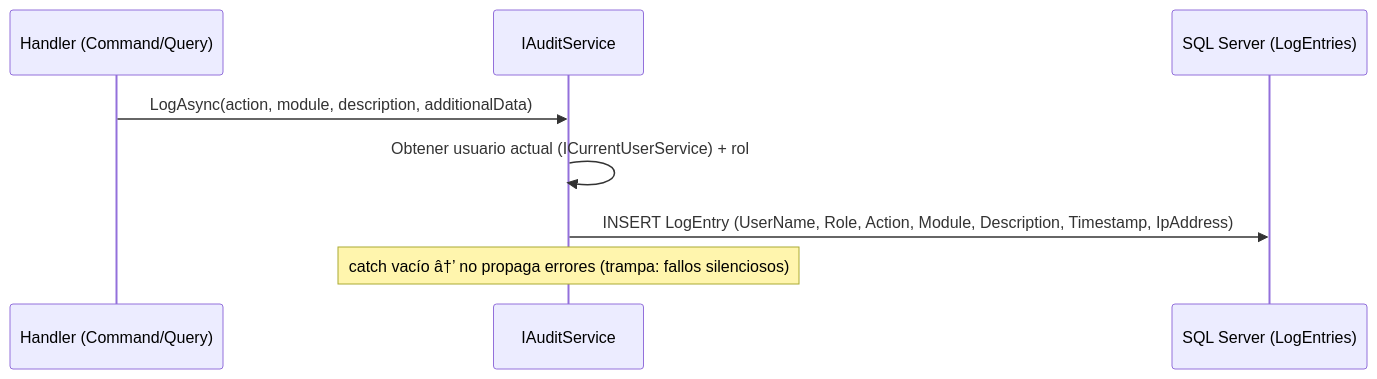
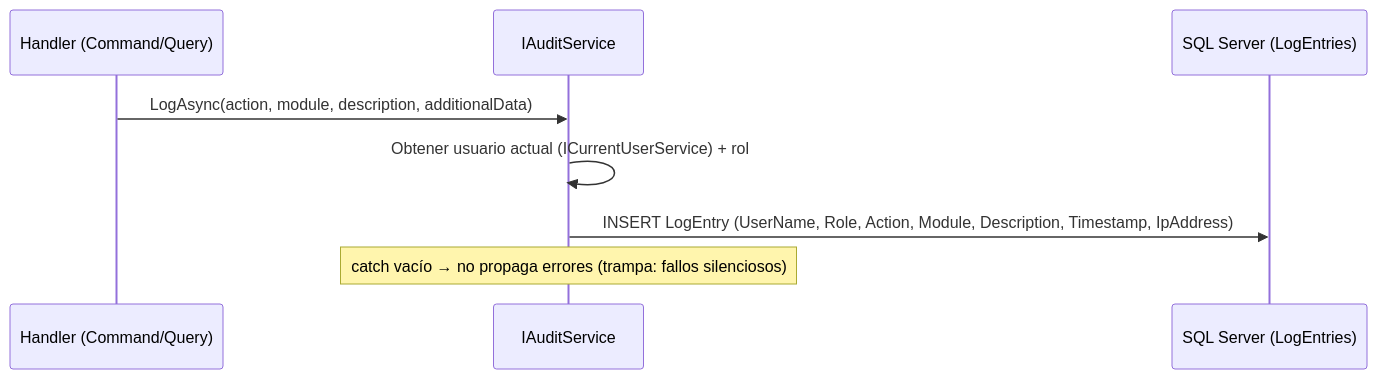
Before and after one commit to adrian-silva-uy/guarino: the ninth of 11 diagrams in docs/diagramas.md, drawn with Mermaid. The commit also changed other lines of this file, not shown here.

Commit message:
Fix: corrige mojibake (Â¿ -> ¿) en diagrama 'Flujo de filtro IA por rol' y verifica todos los .md

````diff
--- a/docs/diagramas.md
+++ b/docs/diagramas.md
@@ -263,11 +263,11 @@
 ```mermaid
 sequenceDiagram
     participant H as Handler (Command/Query)
     participant A as IAuditService
     participant DB as SQL Server (LogEntries)
 
     H->>A: LogAsync(action, module, description, additionalData)
     A->>A: Obtener usuario actual (ICurrentUserService) + rol
     A->>DB: INSERT LogEntry (UserName, Role, Action, Module, Description, Timestamp, IpAddress)
-    Note over A: catch vacío â†’ no propaga errores (trampa: fallos silenciosos)
+    Note over A: catch vacío → no propaga errores (trampa: fallos silenciosos)
 ```
````
